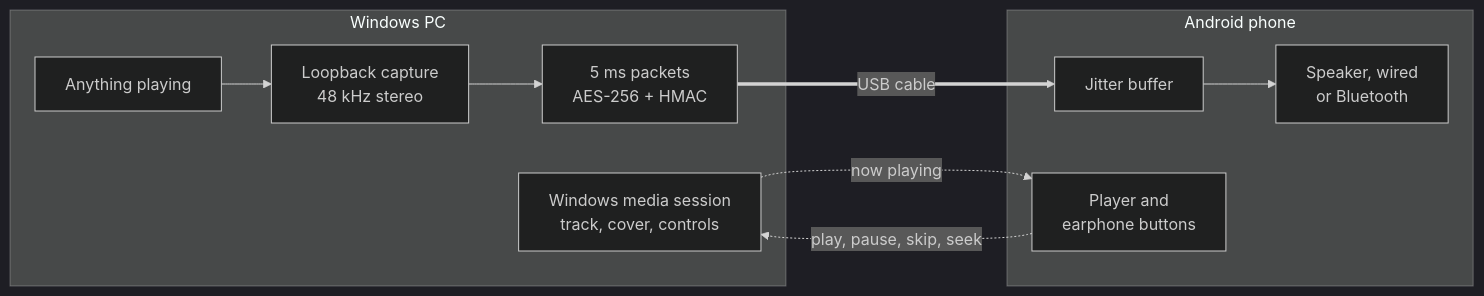
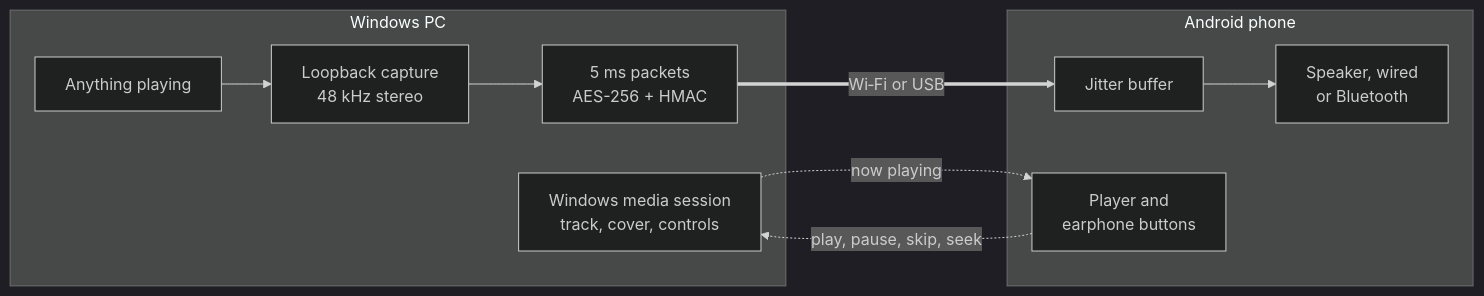
Before and after one commit to Sanket-Gawande/sonora: the diagram in README.md, drawn with Mermaid (dark theme). The commit also changed other lines of this file and 42 other files, not shown here.

````diff
--- a/README.md
+++ b/README.md
@@ -108,15 +114,15 @@
 ```mermaid
 flowchart LR
     subgraph pc [Windows PC]
         app[Anything playing] --> capture[Loopback capture<br/>48 kHz stereo]
         capture --> seal[5 ms packets<br/>AES-256 + HMAC]
         media[Windows media session<br/>track, cover, controls]
     end
     subgraph phone [Android phone]
         buffer[Jitter buffer] --> out[Speaker, wired<br/>or Bluetooth]
         player[Player and<br/>earphone buttons]
     end
-    seal == USB cable ==> buffer
+    seal == Wi‑Fi or USB ==> buffer
     media -. now playing .-> player
     player -. play, pause, skip, seek .-> media
 ```
````
